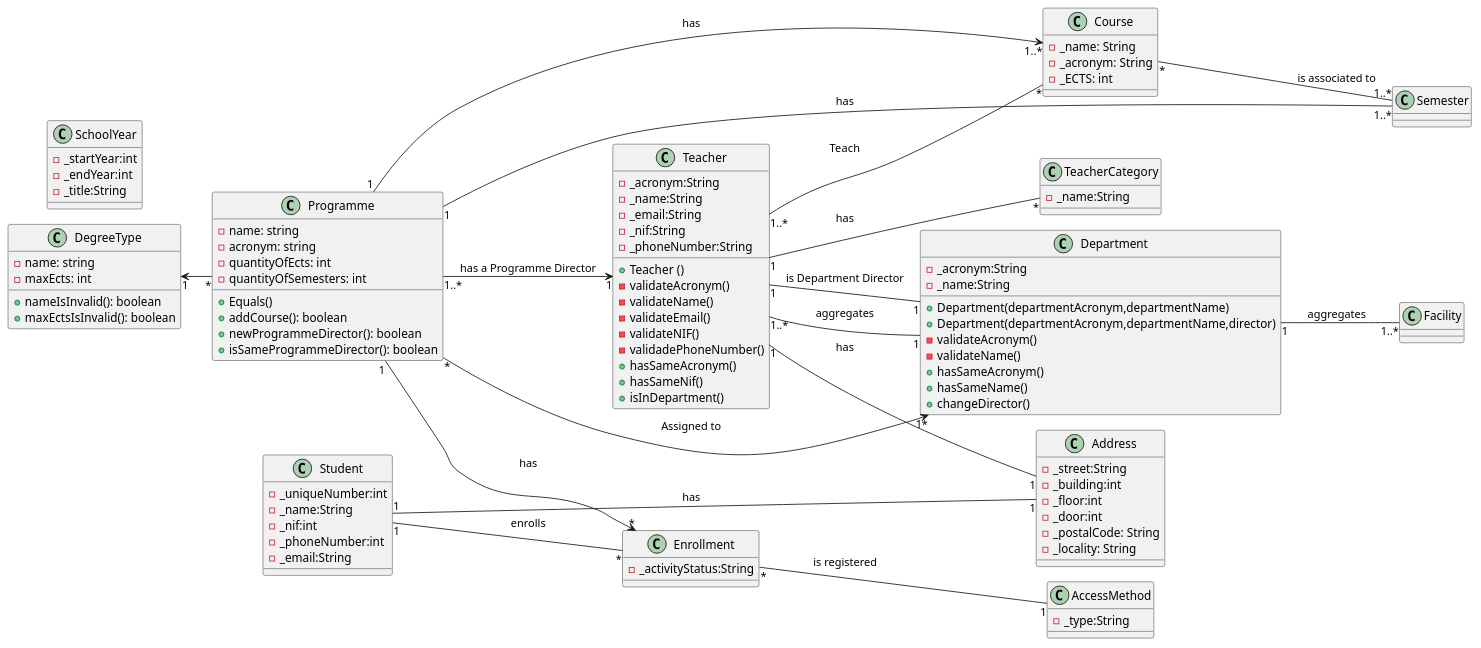
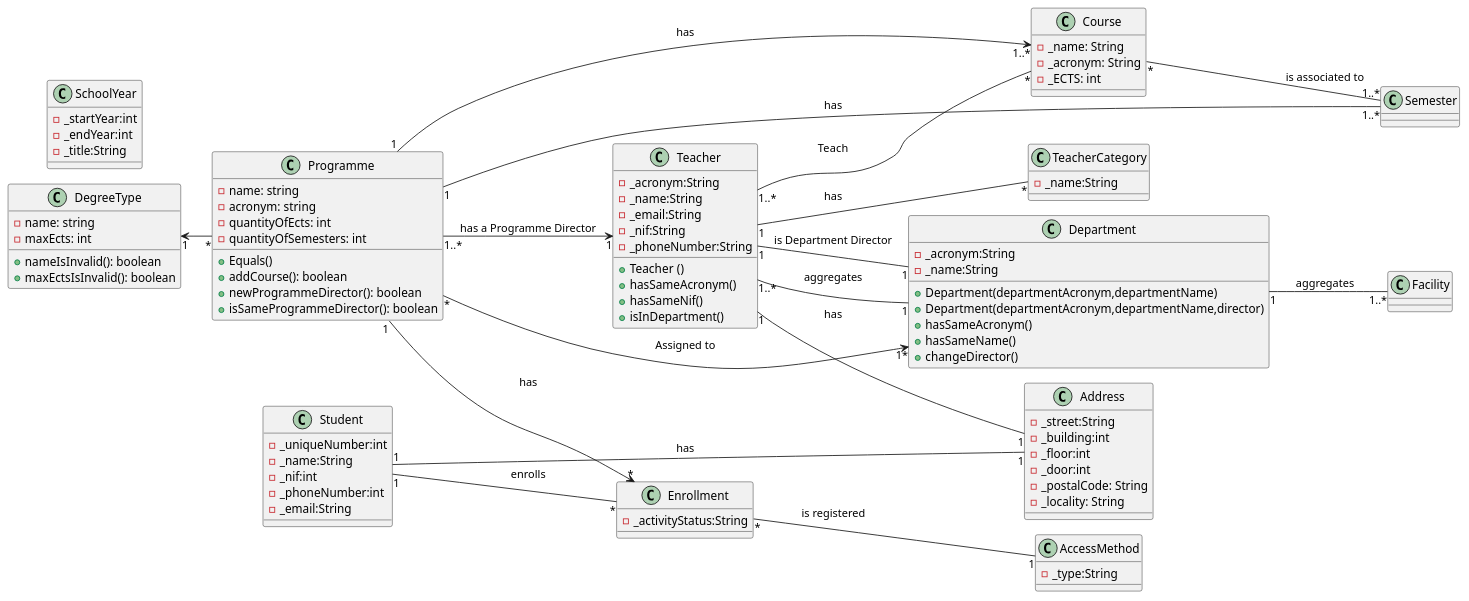
One commit to GasparISEP/DevOps-PAI changed the diagram in docs/classDiagram.puml. Above: the diagram before and after it, drawn with PlantUML.

Commit message:
change teacher and department methods in class diagram

```diff
--- a/docs/classDiagram.puml
+++ b/docs/classDiagram.puml
@@ -1,115 +1,108 @@
 @startuml
 !pragma layout smetana
 
  left to right direction
 
 class Department {
     -_acronym:String
     -_name:String
     +Department(departmentAcronym,departmentName)
     +Department(departmentAcronym,departmentName,director)
-    -validateAcronym()
-    -validateName()
     +hasSameAcronym()
     +hasSameName()
     +changeDirector()
 }
 
 class Facility
 
 class TeacherCategory {
     -_name:String
 }
 
 class Programme {
      - name: string
      - acronym: string
      - quantityOfEcts: int
      - quantityOfSemesters: int
 
      + Equals()
      + addCourse(): boolean
      + newProgrammeDirector(): boolean
      + isSameProgrammeDirector(): boolean
  }
 
 class DegreeType {
     - name: string
     - maxEcts: int
     + nameIsInvalid(): boolean
     + maxEctsIsInvalid(): boolean
 }
 
 class Teacher {
      -_acronym:String
      -_name:String
      -_email:String
      -_nif:String
      -_phoneNumber:String
      +Teacher ()
-     -validateAcronym()
-     -validateName()
-     -validateEmail()
-     -validateNIF()
-     -validadePhoneNumber()
      +hasSameAcronym()
      +hasSameNif()
      +isInDepartment()
 }
 
 
 class SchoolYear {
     -_startYear:int
     -_endYear:int
     -_title:String
 }
 
 class Enrollment {
     -_activityStatus:String
 }
 
 class Student {
     -_uniqueNumber:int
     -_name:String
     -_nif:int
     -_phoneNumber:int
     -_email:String
 }
 
 class AccessMethod {
     -_type:String
 }
 
 class Address {
      -_street:String
      -_building:int
      -_floor:int
      -_door:int
      -_postalCode: String
      -_locality: String
 }
 
 class Course {
     -_name: String
     -_acronym: String
     -_ECTS: int
 }
 
 Department "1" -- "1..*" Facility : aggregates
 Teacher "1" -- "1" Address: has
 Student "1" -- "1" Address: has
 Programme "1..*" --> "1" Teacher : has a Programme Director
 Teacher "1" -- "*" TeacherCategory: has
 Teacher "1..*" -- "*" Course: Teach
 Course "*" -- "1..*" Semester: is associated to
 Course  "1..*" <-- "1" Programme: has
 Programme "1" -- "1..*" Semester: has
 Programme "*" --> "1*" Department: Assigned to
 DegreeType "1" <-- "*" Programme
 Enrollment "*" -- "1" AccessMethod: is registered
 Programme "1"  --> "*" Enrollment: has
 Student "1" -- "*" Enrollment: enrolls
 Teacher "1" -- "1" Department: is Department Director
 Teacher "1..*" -- "1" Department: aggregates
 
 @enduml
```
